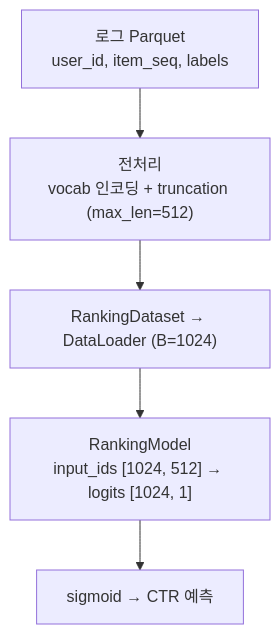
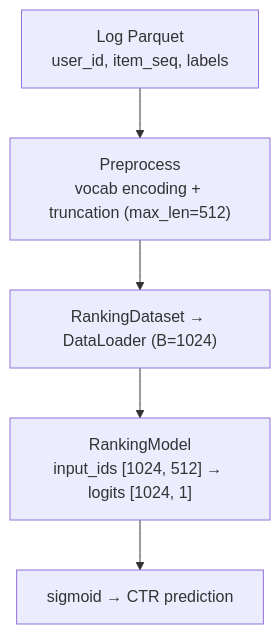
Before and after one commit to ShinKyuY/workbench: the first of 4 diagrams in skills/analyze-ml-repo/references/diagram-rules.md, drawn with Mermaid. The commit also changed other lines of this file and 9 other files, not shown here.

````diff
--- a/skills/analyze-ml-repo/references/diagram-rules.md
+++ b/skills/analyze-ml-repo/references/diagram-rules.md
@@ -53,9 +55,9 @@
 ```mermaid
 flowchart TD
-    A["로그 Parquet<br/>user_id, item_seq, labels"]
-    B["전처리<br/>vocab 인코딩 + truncation (max_len=512)"]
+    A["Log Parquet<br/>user_id, item_seq, labels"]
+    B["Preprocess<br/>vocab encoding + truncation (max_len=512)"]
     C["RankingDataset → DataLoader (B=1024)"]
     D["RankingModel<br/>input_ids [1024, 512] → logits [1024, 1]"]
-    E["sigmoid → CTR 예측"]
+    E["sigmoid → CTR prediction"]
     A --> B --> C --> D --> E
 ```
````
